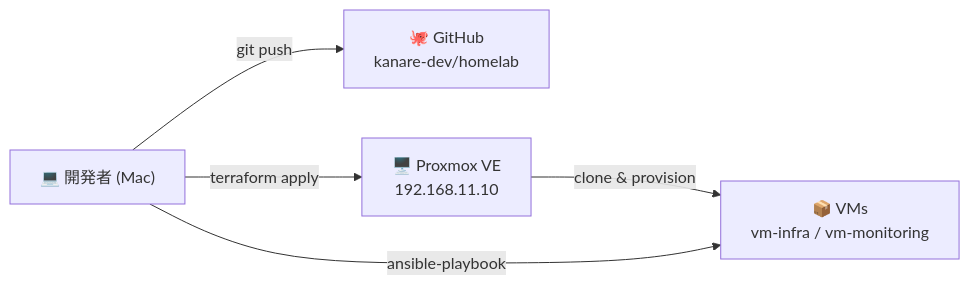
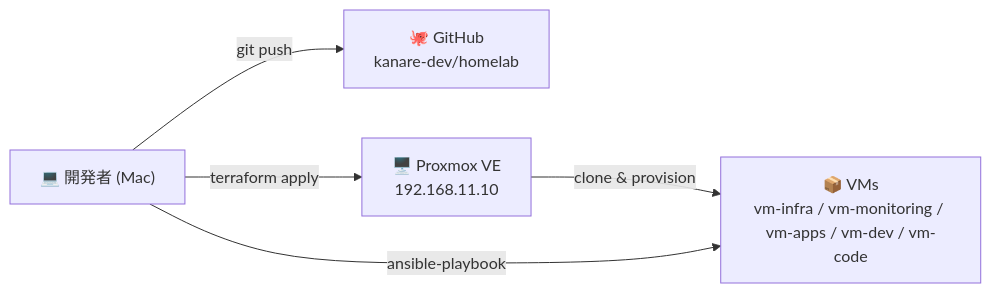
One commit to kanare-dev/homelab changed the first of 2 diagrams in docs/cicd.md. Above: the diagram before and after it, drawn with Mermaid. The commit also changed other lines of this file and 4 other files, not shown here.

````diff
--- a/docs/cicd.md
+++ b/docs/cicd.md
@@ -18,12 +18,12 @@
 ```mermaid
 flowchart LR
     dev["💻 開発者 (Mac)"]
     github["🐙 GitHub\nkanare-dev/homelab"]
     proxmox["🖥️ Proxmox VE\n192.168.11.10"]
-    vms["📦 VMs\nvm-infra / vm-monitoring"]
+    vms["📦 VMs\nvm-infra / vm-monitoring / vm-apps / vm-dev / vm-code"]
 
     dev -->|git push| github
     dev -->|terraform apply| proxmox
     proxmox -->|clone & provision| vms
     dev -->|ansible-playbook| vms
 ```
````
